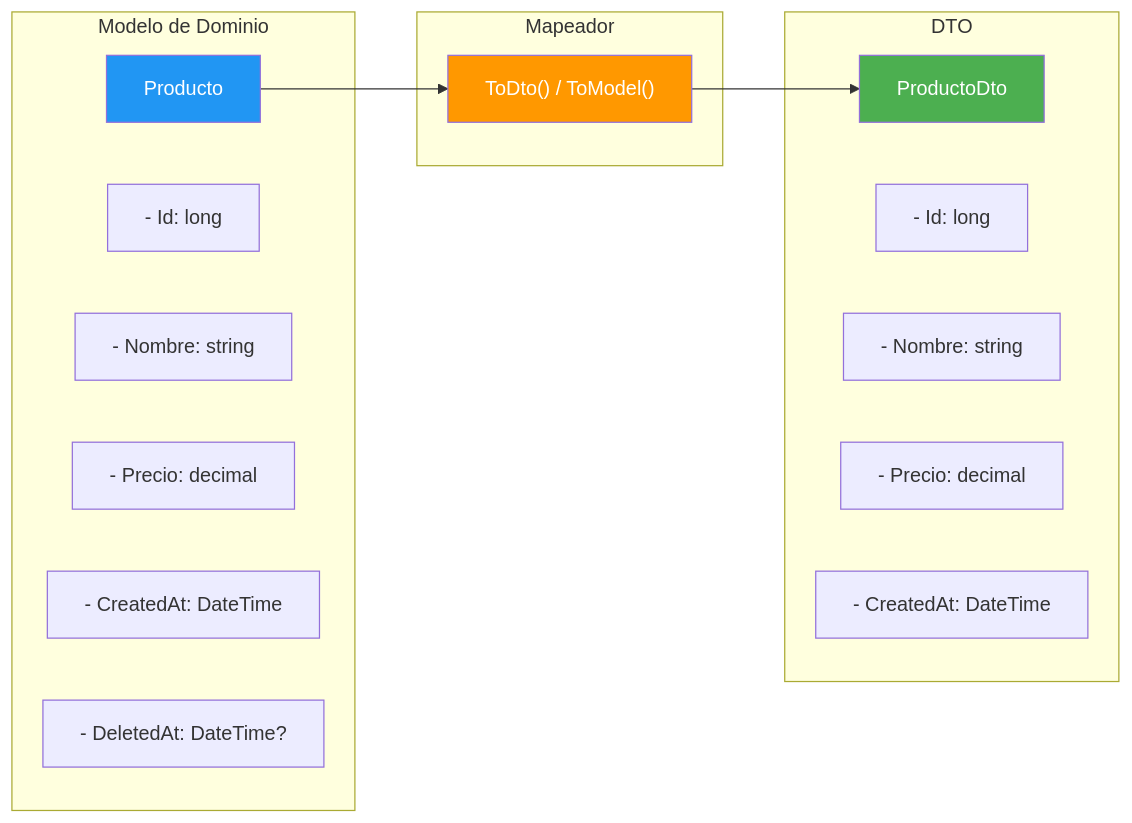
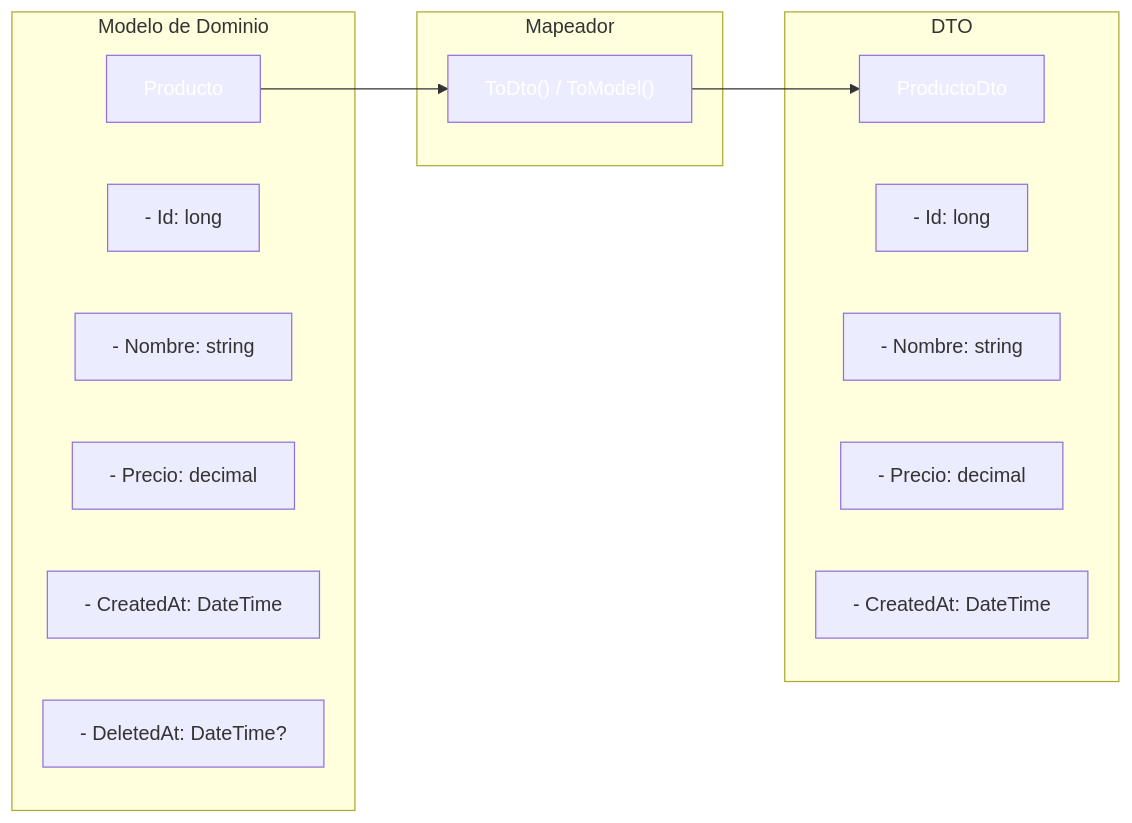
The second of 11 diagrams in 08-dtos-mapeadores-validaciones.md (joseluisgs/DesarrolloWebEntornosServidor-02-2026-2027), drawn with Mermaid before and after one commit. The commit also changed other lines of this file and 41 other files, not shown here.

````diff
--- a/08-dtos-mapeadores-validaciones.md
+++ b/08-dtos-mapeadores-validaciones.md
@@ -165,30 +165,30 @@
 ```mermaid
 flowchart LR
     subgraph "Modelo de Dominio"
         M1["Producto"]
         M2["- Id: long"]
         M3["- Nombre: string"]
         M4["- Precio: decimal"]
         M5["- CreatedAt: DateTime"]
         M6["- DeletedAt: DateTime?"]
     end
 
     subgraph "Mapeador"
         MAP["ToDto() / ToModel()"]
     end
 
     subgraph "DTO"
         D1["ProductoDto"]
         D2["- Id: long"]
         D3["- Nombre: string"]
         D4["- Precio: decimal"]
         D5["- CreatedAt: DateTime"]
     end
 
     M1 --> MAP
     MAP --> D1
 
-    style M1 fill:#2196F3,color:#fff
-    style MAP fill:#FF9800,color:#fff
-    style D1 fill:#4CAF50,color:#fff
+    style M1 fill:#2196F,color:#fff3,color:#fff
+    style MAP fill:#FF980,color:#fff0,color:#fff
+    style D1 fill:#4CAF5,color:#fff0,color:#fff
 ```
````
